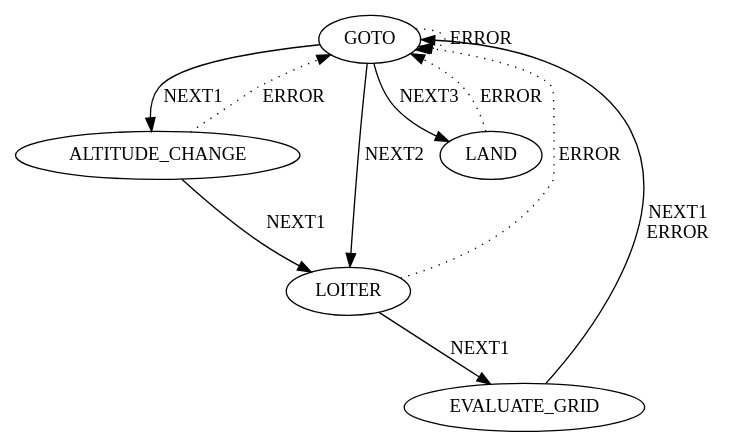
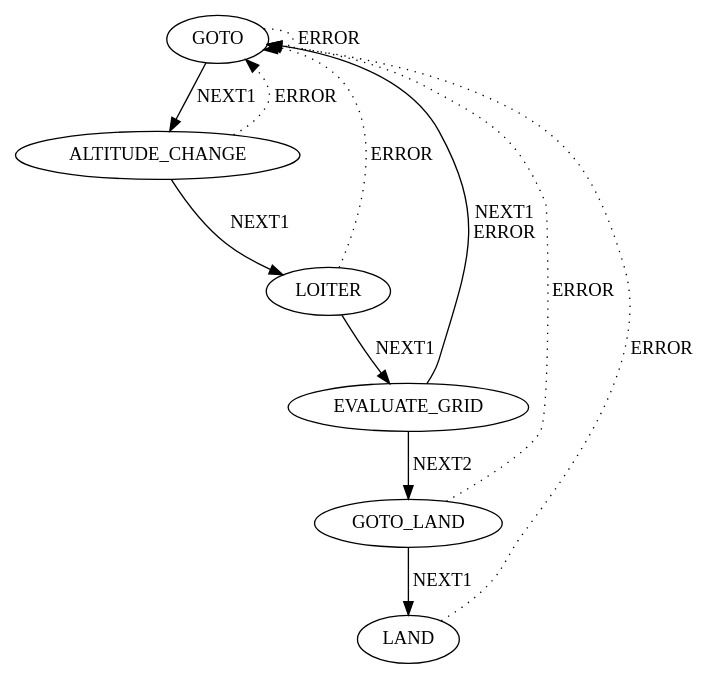
Before and after one commit to mrivi/avoidance: the diagram in safe_landing_planner/src/nodes/waypoint_generator.cpp.dot, drawn with Graphviz. The commit also changed 2 other files, not shown here.

```diff
--- a/safe_landing_planner/src/nodes/waypoint_generator.cpp.dot
+++ b/safe_landing_planner/src/nodes/waypoint_generator.cpp.dot
@@ -1,12 +1,13 @@
 digraph {
     "GOTO" -> "ALTITUDE_CHANGE" [label="NEXT1", style="solid", weight=1]
-    "GOTO" -> "LOITER" [label="NEXT2", style="solid", weight=1]
-    "GOTO" -> "LAND" [label="NEXT3", style="solid", weight=1]
     "GOTO" -> "GOTO" [label="ERROR", style="dotted", weight=0.1]
     "ALTITUDE_CHANGE" -> "LOITER" [label="NEXT1", style="solid", weight=1]
     "ALTITUDE_CHANGE" -> "GOTO" [label="ERROR", style="dotted", weight=0.1]
     "LOITER" -> "EVALUATE_GRID" [label="NEXT1", style="solid", weight=1]
     "LOITER" -> "GOTO" [label="ERROR", style="dotted", weight=0.1]
     "EVALUATE_GRID" -> "GOTO" [label="NEXT1\nERROR", style="solid", weight=1]
+    "EVALUATE_GRID" -> "GOTO_LAND" [label="NEXT2", style="solid", weight=1]
+    "GOTO_LAND" -> "LAND" [label="NEXT1", style="solid", weight=1]
+    "GOTO_LAND" -> "GOTO" [label="ERROR", style="dotted", weight=0.1]
     "LAND" -> "GOTO" [label="ERROR", style="dotted", weight=0.1]
 }
```
